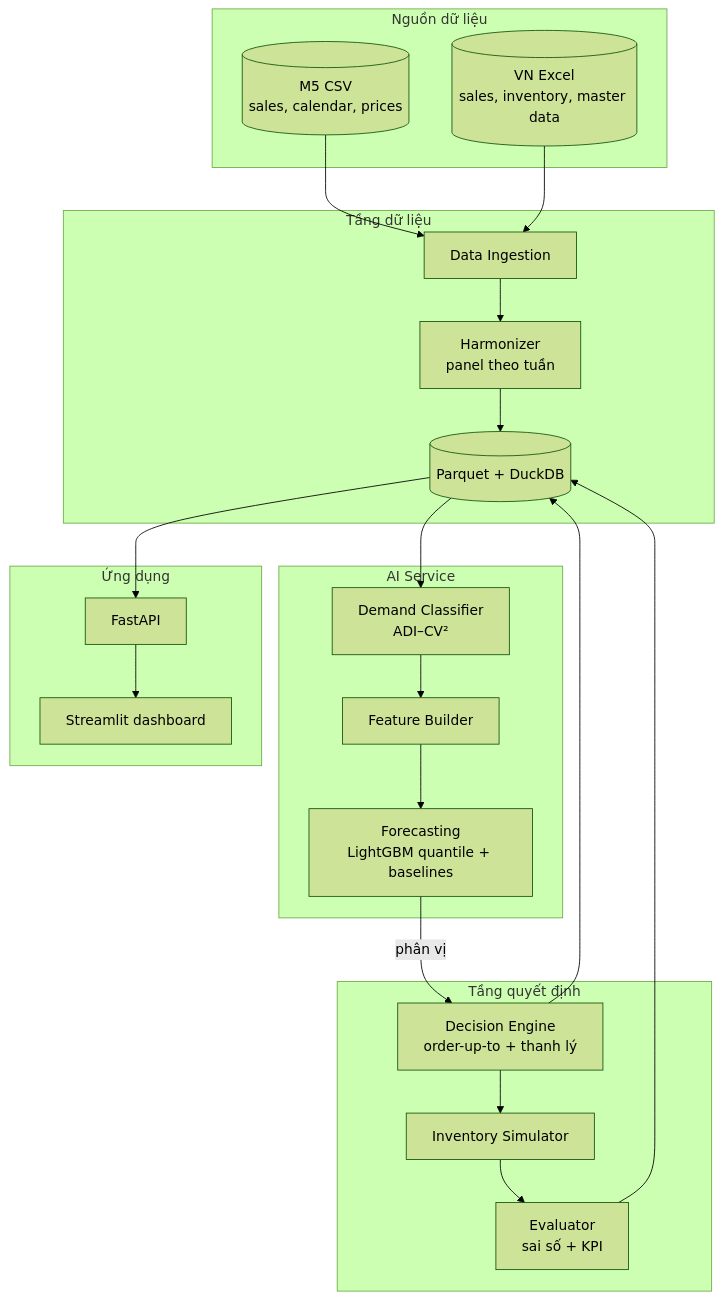
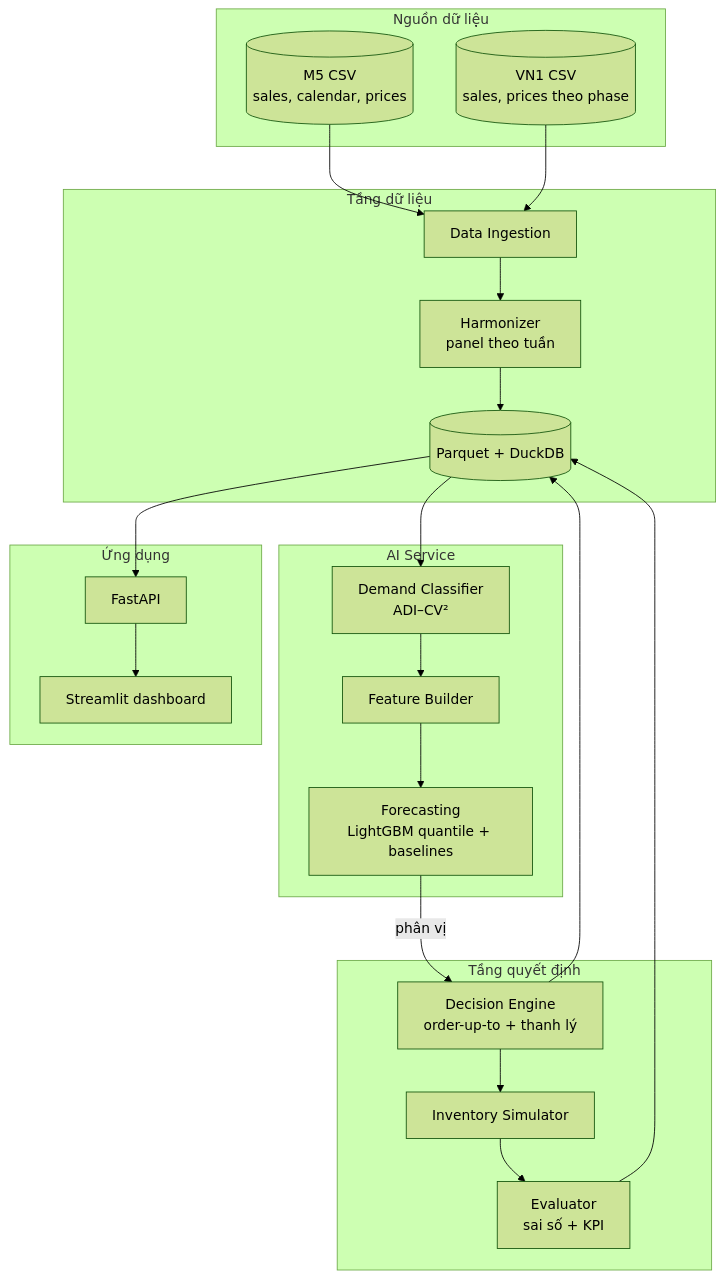
Before and after one commit to NCKH-LongT/NCKH-DCD301: the diagram in 04_proposed_system/system_architecture.md, drawn with Mermaid (forest theme). The commit also changed other lines of this file and 12 other files, not shown here.

````diff
--- a/04_proposed_system/system_architecture.md
+++ b/04_proposed_system/system_architecture.md
@@ -26,33 +26,33 @@
 ```mermaid
 flowchart TB
     subgraph SRC[Nguồn dữ liệu]
         M5[(M5 CSV<br/>sales, calendar, prices)]
-        VN[(VN Excel<br/>sales, inventory, master data)]
+        VN[(VN1 CSV<br/>sales, prices theo phase)]
     end
     subgraph DATA[Tầng dữ liệu]
         ING[Data Ingestion] --> HAR[Harmonizer<br/>panel theo tuần]
         HAR --> DB[(Parquet + DuckDB)]
     end
     subgraph AI[AI Service]
         CLS[Demand Classifier<br/>ADI–CV²]
         FEA[Feature Builder]
         FC[Forecasting<br/>LightGBM quantile + baselines]
     end
     subgraph DEC[Tầng quyết định]
         DE[Decision Engine<br/>order-up-to + thanh lý]
         SIM[Inventory Simulator]
         EV[Evaluator<br/>sai số + KPI]
     end
     subgraph APP[Ứng dụng]
         API[FastAPI]
         UI[Streamlit dashboard]
     end
     M5 --> ING
     VN --> ING
     DB --> CLS --> FEA --> FC
     FC -->|phân vị| DE
     DE --> SIM --> EV
     DE --> DB
     EV --> DB
     DB --> API --> UI
 ```
````
